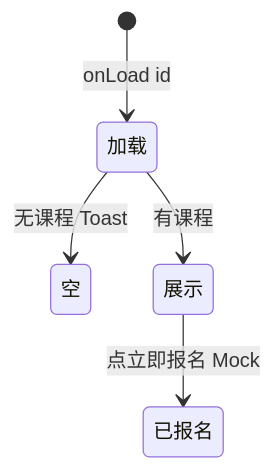
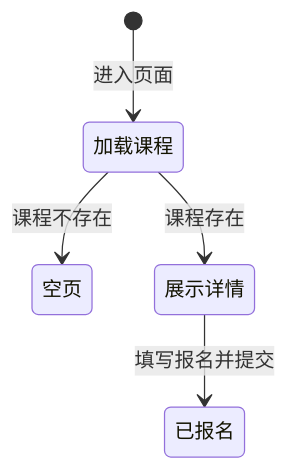
The diagram in docs/miniprogram/pages/课程详情.md (cgd1093702532-star/personal-site), drawn with Mermaid before and after one commit. The commit also changed other lines of this file and 216 other files, not shown here.

````diff
--- a/docs/miniprogram/pages/课程详情.md
+++ b/docs/miniprogram/pages/课程详情.md
@@ -62,7 +92,7 @@
 ```mermaid
 stateDiagram-v2
-  [*] --> 加载: onLoad id
-  加载 --> 空: 无课程 Toast
-  加载 --> 展示: 有课程
-  展示 --> 已报名: 点立即报名 Mock
+  [*] --> 加载课程: 进入页面
+  加载课程 --> 空页: 课程不存在
+  加载课程 --> 展示详情: 课程存在
+  展示详情 --> 已报名: 填写报名并提交
 ```
````
